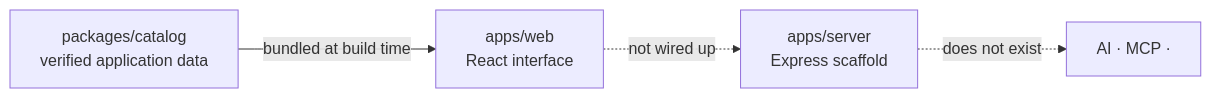
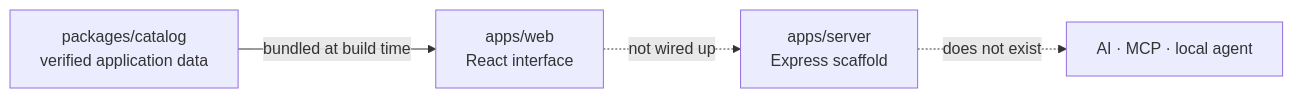
The diagram in README.md (AbhiDevepl/ConfigShell), drawn with Mermaid before and after one commit. The commit also changed other lines of this file and 45 other files, not shown here.

````diff
--- a/README.md
+++ b/README.md
@@ -125,6 +131,6 @@
 ```mermaid
 flowchart LR
     CATALOG["packages/catalog<br/>verified application data"] -- "bundled at build time" --> WEB["apps/web<br/>React interface"]
     WEB -. "not wired up" .-> SERVER["apps/server<br/>Express scaffold"]
-    SERVER -. "does not exist" .-> REST["AI · MCP · "]
+    SERVER -. "does not exist" .-> REST["AI · MCP · local agent"]
 ```
````
